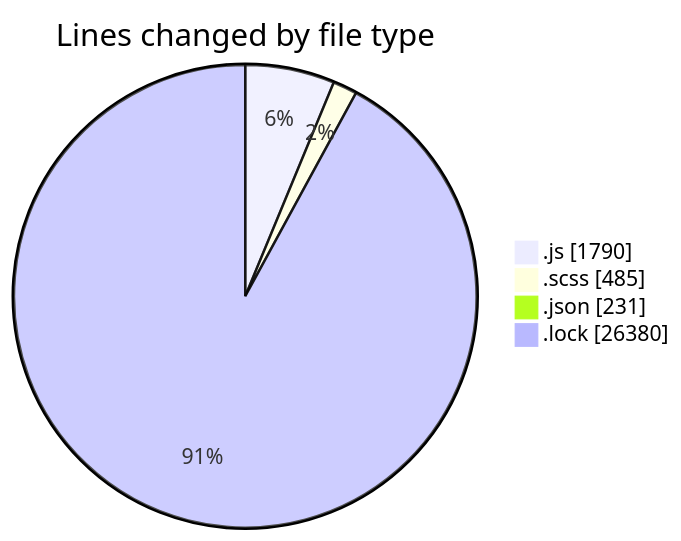
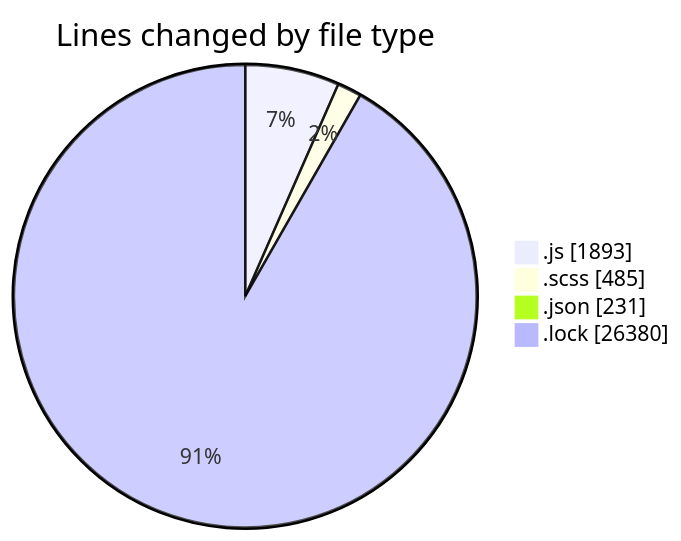
Before and after one commit to momahboobian/code-tracking: the first of 2 diagrams in 2026-01-05/cda/README.md, drawn with Mermaid. The commit also changed other lines of this file and 1 other file, not shown here.

````diff
--- a/2026-01-05/cda/README.md
+++ b/2026-01-05/cda/README.md
@@ -42,8 +43,8 @@
 ```mermaid
 pie showData
 title Lines changed by file type
-".js" : 1790
+".js" : 1893
 ".scss" : 485
 ".json" : 231
 ".lock" : 26380
 ```
````
